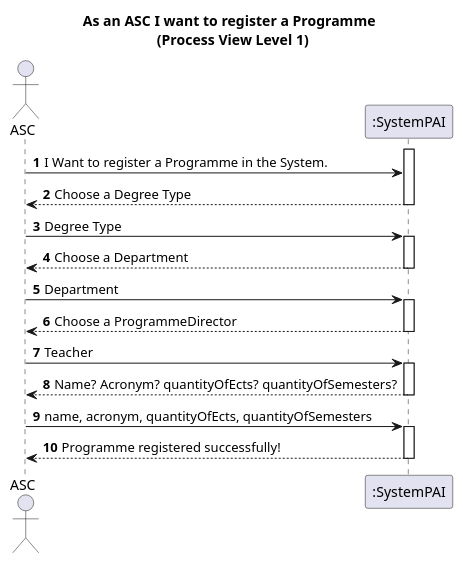
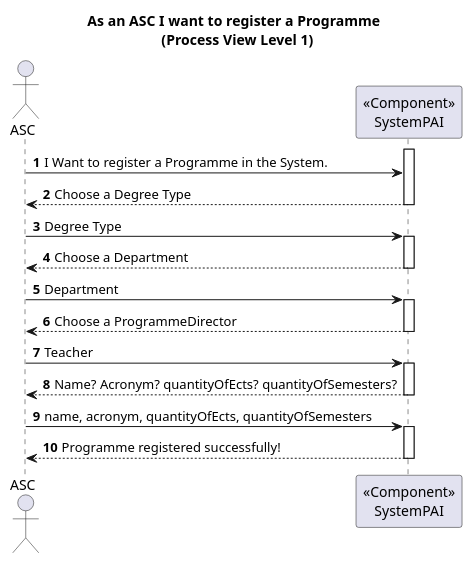
The diagram in docs/US11/Sprint6/ProcessView/Level1.puml (GasparISEP/DevOps-PAI), drawn with PlantUML before and after one commit. The commit also changed 1 other file, not shown here.

Commit message:
Ref #505, #523: Minor updates to Process View diagrams (Level 1 and Level 2)

```diff
--- a/docs/US11/Sprint6/ProcessView/Level1.puml
+++ b/docs/US11/Sprint6/ProcessView/Level1.puml
@@ -1,30 +1,30 @@
 @startuml
 autonumber
 
 title As an ASC I want to register a Programme \n (Process View Level 1)
 
 actor ASC as Admin
-participant ":SystemPAI" as System
+participant "<<Component>>\nSystemPAI" as System
 
 activate System
 Admin -> System  : I Want to register a Programme in the System.
 
 System --> Admin --: Choose a Degree Type
 
 Admin -> System  ++: Degree Type
 
 System --> Admin --: Choose a Department
 
 Admin -> System  ++: Department
 
 System --> Admin --: Choose a ProgrammeDirector
 
 Admin -> System  ++: Teacher
 
 System --> Admin  --: Name? Acronym? quantityOfEcts? quantityOfSemesters?
 
 Admin -> System  ++: name, acronym, quantityOfEcts, quantityOfSemesters
 
 System --> Admin  : Programme registered successfully!
 deactivate System
 @enduml
```
